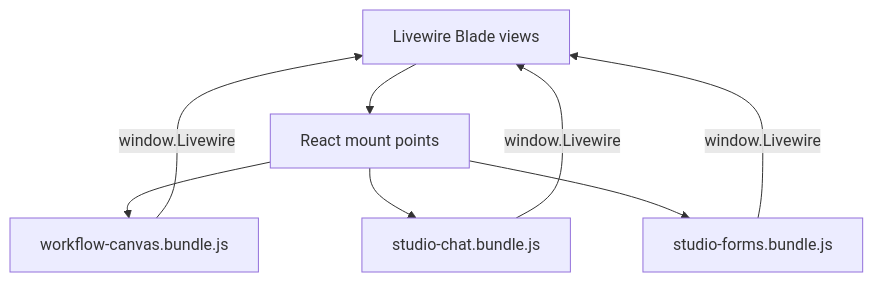
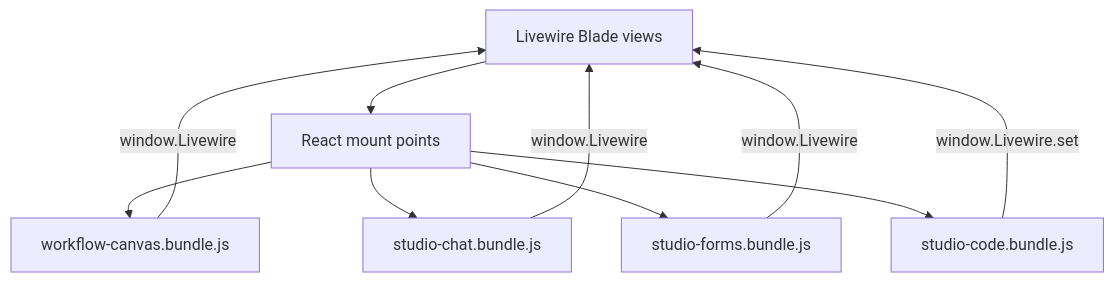
Before and after one commit to digitalelvis/neuronai-studio: the diagram in docs/reference/frontend-bundles.md, drawn with Mermaid. The commit also changed other lines of this file and 21 other files, not shown here.

First line of the commit message:
feat(studio): add CodeMirror 6 editors for JSON and PHP surfaces.

````diff
--- a/docs/reference/frontend-bundles.md
+++ b/docs/reference/frontend-bundles.md
@@ -18,10 +21,12 @@
 ```mermaid
 flowchart TB
     Livewire[Livewire Blade views] --> Mount[React mount points]
     Mount --> Canvas[workflow-canvas.bundle.js]
     Mount --> Chat[studio-chat.bundle.js]
     Mount --> Forms[studio-forms.bundle.js]
+    Mount --> Code[studio-code.bundle.js]
     Canvas -->|window.Livewire| Livewire
     Chat -->|window.Livewire| Livewire
     Forms -->|window.Livewire| Livewire
+    Code -->|window.Livewire.set| Livewire
 ```
````
